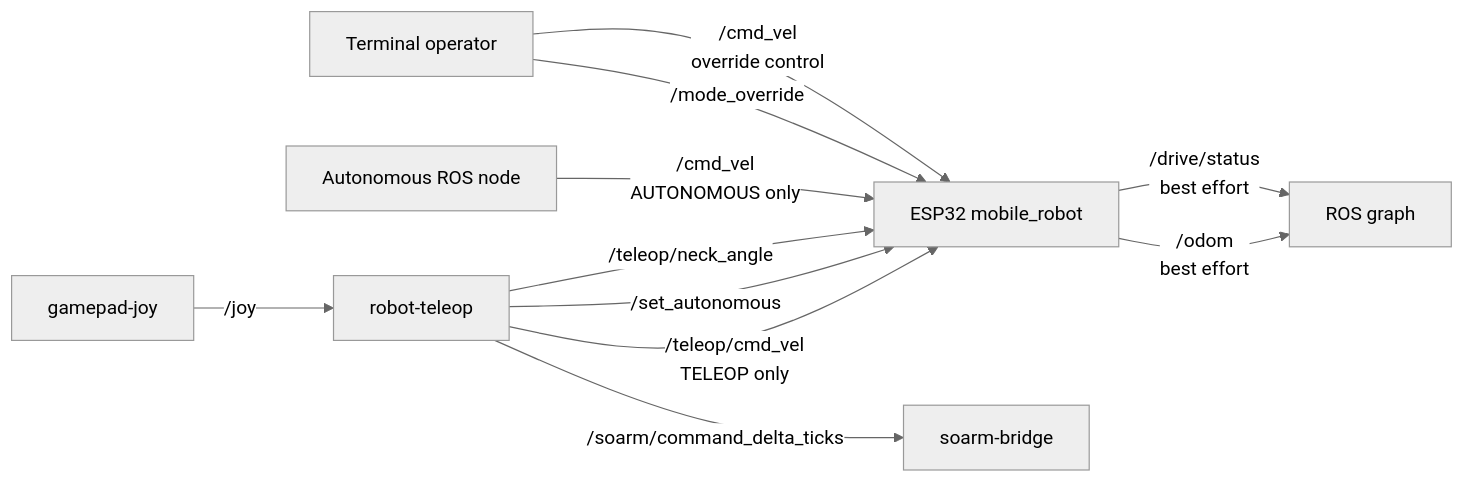
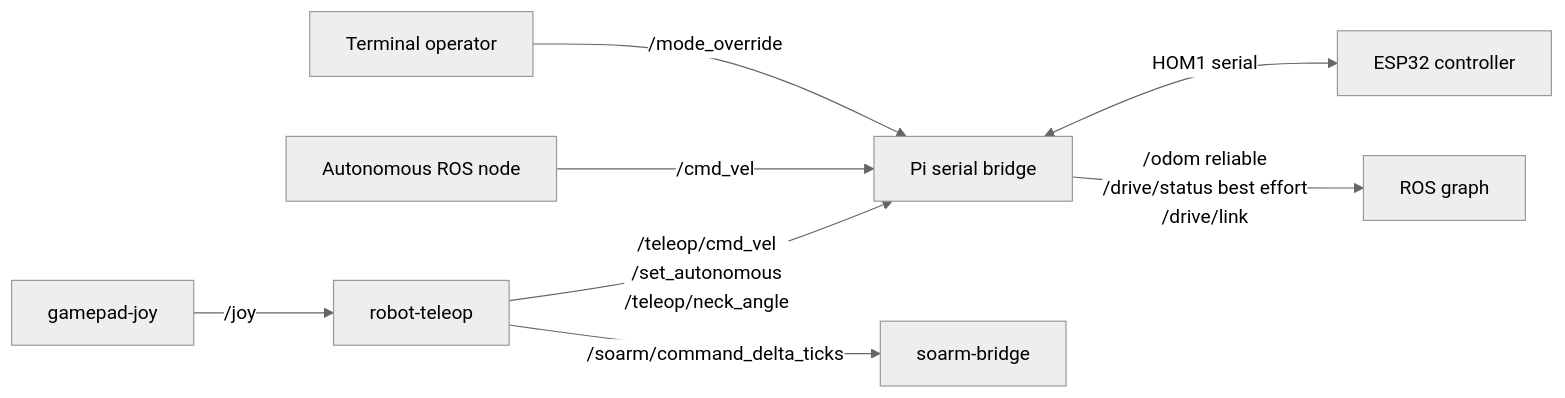
One commit to ao2-yekeen/homer changed the diagram in README.md. Above: the diagram before and after it, drawn with Mermaid (neutral theme). The commit also changed other lines of this file and 20 other files, not shown here.

Commit message:
Replace ESP32 micro-ROS with serial ROS bridge

````diff
--- a/README.md
+++ b/README.md
@@ -173,13 +176,10 @@
 ```mermaid
 flowchart LR
   joy_node[gamepad-joy] -->|/joy| teleop[robot-teleop]
-  teleop -->|/teleop/cmd_vel\nTELEOP only| esp32[ESP32 mobile_robot]
-  teleop -->|/set_autonomous| esp32
-  teleop -->|/teleop/neck_angle| esp32
-  autonomous[Autonomous ROS node] -->|/cmd_vel\nAUTONOMOUS only| esp32
-  terminal[Terminal operator] -->|/mode_override| esp32
-  terminal -->|/cmd_vel\noverride control| esp32
-  esp32 -->|/odom\nbest effort| ros[ROS graph]
-  esp32 -->|/drive/status\nbest effort| ros
+  teleop -->|/teleop/cmd_vel\n/set_autonomous\n/teleop/neck_angle| bridge[Pi serial bridge]
+  autonomous[Autonomous ROS node] -->|/cmd_vel| bridge
+  terminal[Terminal operator] -->|/mode_override| bridge
+  bridge <-->|HOM1 serial| esp32[ESP32 controller]
+  bridge -->|/odom reliable\n/drive/status best effort\n/drive/link| ros[ROS graph]
   teleop -->|/soarm/command_delta_ticks| arm[soarm-bridge]
 ```
````
